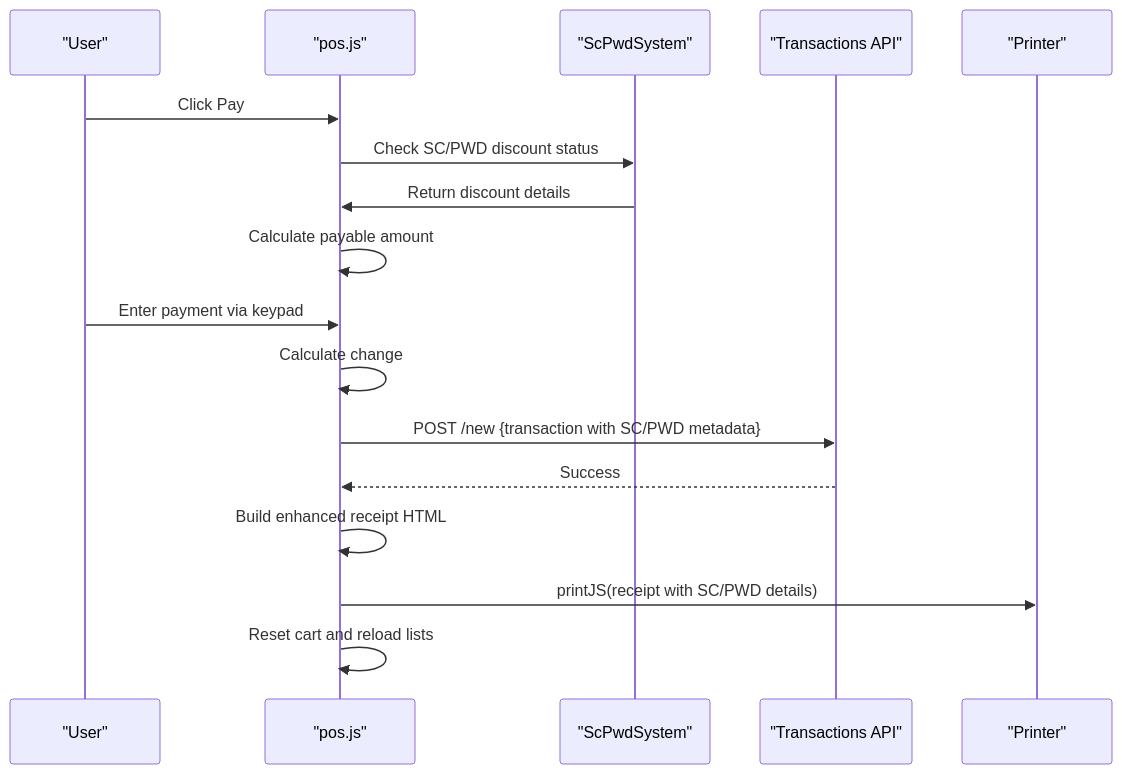
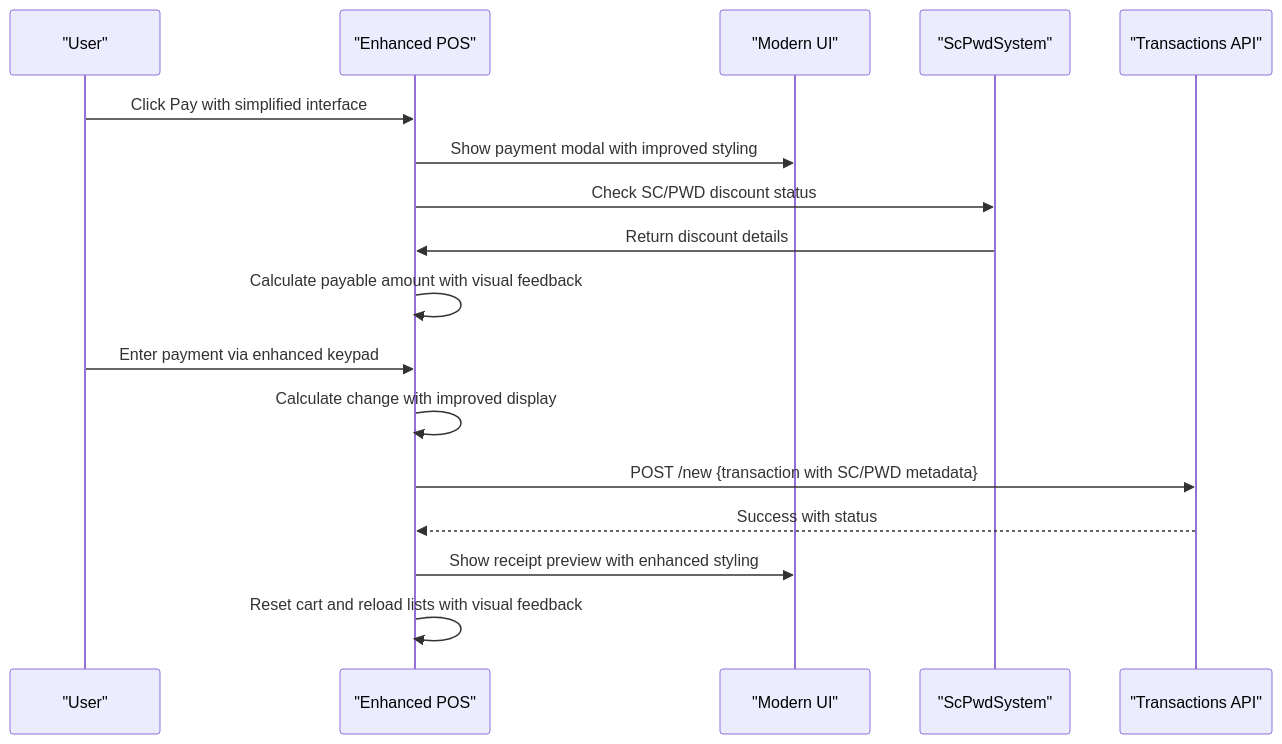
One commit to yosefdc7/PharmaPOS changed the sixth of 8 diagrams in .qoder/repowiki/en/content/Frontend Interface/Point-of-Sale Interface.md. Above: the diagram before and after it, drawn with Mermaid. The commit also changed other lines of this file and 103 other files, not shown here.

````diff
--- a/.qoder/repowiki/en/content/Frontend Interface/Point-of-Sale Interface.md
+++ b/.qoder/repowiki/en/content/Frontend Interface/Point-of-Sale Interface.md
@@ -305,19 +292,19 @@
 ```mermaid
 sequenceDiagram
 participant User as "User"
-participant POS as "pos.js"
-participant SC as "ScPwdSystem"
+participant POS as "Enhanced POS"
+participant ModernUI as "Modern UI"
+participant ScPwd as "ScPwdSystem"
 participant API as "Transactions API"
-participant Printer as "Printer"
-User->>POS : Click Pay
-POS->>SC : Check SC/PWD discount status
-SC->>POS : Return discount details
-POS->>POS : Calculate payable amount
-User->>POS : Enter payment via keypad
-POS->>POS : Calculate change
+User->>POS : Click Pay with simplified interface
+POS->>ModernUI : Show payment modal with improved styling
+POS->>ScPwd : Check SC/PWD discount status
+ScPwd->>POS : Return discount details
+POS->>POS : Calculate payable amount with visual feedback
+User->>POS : Enter payment via enhanced keypad
+POS->>POS : Calculate change with improved display
 POS->>API : POST /new {transaction with SC/PWD metadata}
-API-->>POS : Success
-POS->>POS : Build enhanced receipt HTML
-POS->>Printer : printJS(receipt with SC/PWD details)
-POS->>POS : Reset cart and reload lists
+API-->>POS : Success with status
+POS->>ModernUI : Show receipt preview with enhanced styling
+POS->>POS : Reset cart and reload lists with visual feedback
 ```
````
